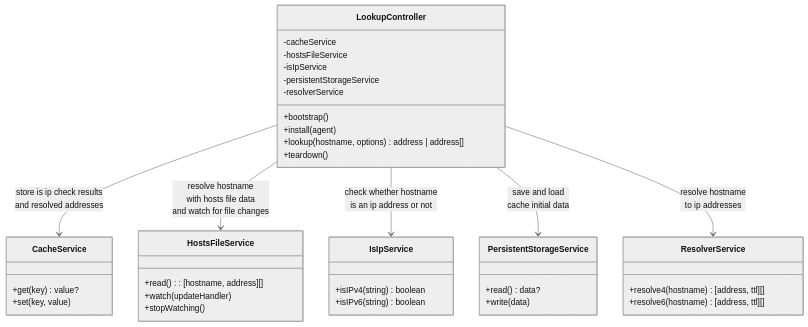
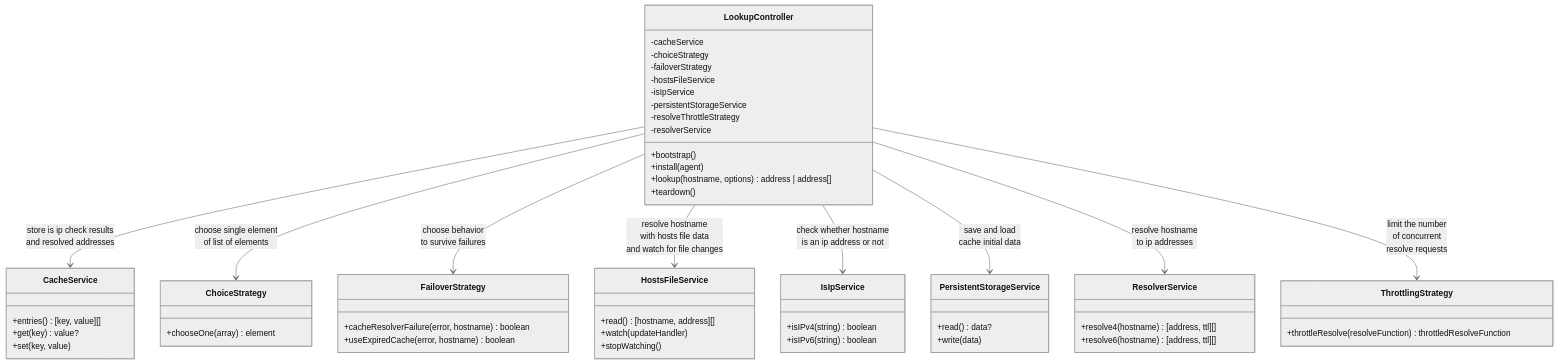
The diagram in README.md (sempasha/super-dns-lookup), drawn with Mermaid (neutral theme) before and after one commit. The commit also changed other lines of this file and 14 other files, not shown here.

Commit message:
feat: 🪄 Describe most library interfaces, also new `ChoiceStrategy`, `FailoverStrategy` and `ThrottlingStrategy` interface described

````diff
--- a/README.md
+++ b/README.md
@@ -141,47 +137,68 @@
 ```mermaid
 classDiagram
 
 class CacheService {
+  +entries() [key, value][]
   +get(key) value?
   +set(key, value)
 }
 
+class ChoiceStrategy {
+  +chooseOne(array) element
+}
+
+class FailoverStrategy {
+  +cacheResolverFailure(error, hostname) boolean
+  +useExpiredCache(error, hostname) boolean
+}
+
 class HostsFileService {
-  +read(): [hostname, address][]
+  +read() [hostname, address][]
   +watch(updateHandler)
   +stopWatching()
 }
 
 class IsIpService {
   +isIPv4(string) boolean
   +isIPv6(string) boolean
 }
 
 class PersistentStorageService {
   +read() data?
   +write(data)
 }
 
 class ResolverService {
   +resolve4(hostname) [address, ttl][]
   +resolve6(hostname) [address, ttl][]
 }
 
+class ThrottlingStrategy {
+  +throttleResolve(resolveFunction) throttledResolveFunction
+}
+
 class LookupController {
   -cacheService
+  -choiceStrategy
+  -failoverStrategy
   -hostsFileService
   -isIpService
   -persistentStorageService
+  -resolveThrottleStrategy
   -resolverService
+
   +bootstrap()
   +install(agent)
   +lookup(hostname, options) address | address[]
   +teardown()
 }
 
 LookupController --> CacheService : store is ip check results<br />and resolved addresses
+LookupController --> ChoiceStrategy : choose single element<br />of list of elements
+LookupController --> FailoverStrategy : choose behavior<br />to survive failures
 LookupController --> HostsFileService : resolve hostname<br />with hosts file data<br />and watch for file changes
 LookupController --> IsIpService : check whether hostname<br />is an ip address or not
 LookupController --> PersistentStorageService : save and load<br />cache initial data
 LookupController --> ResolverService : resolve hostname<br />to ip addresses
+LookupController --> ThrottlingStrategy : limit the number<br />of concurrent<br />resolve requests
 ```
````
